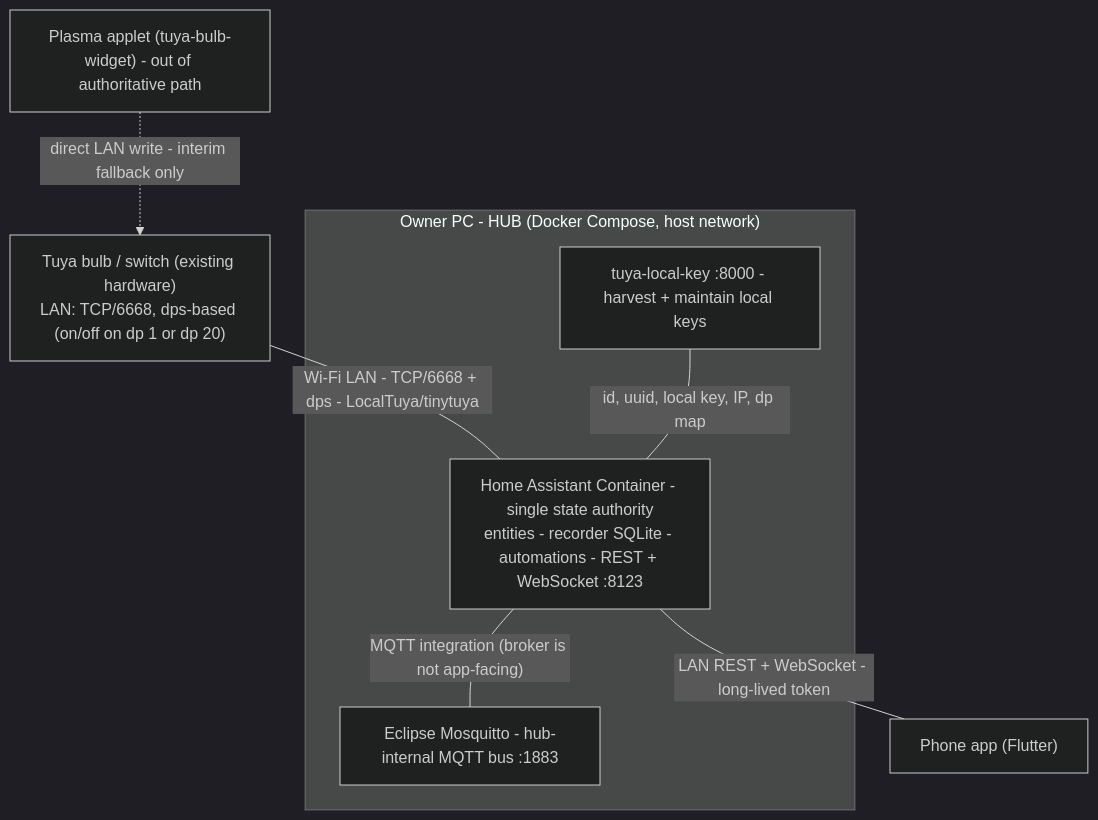
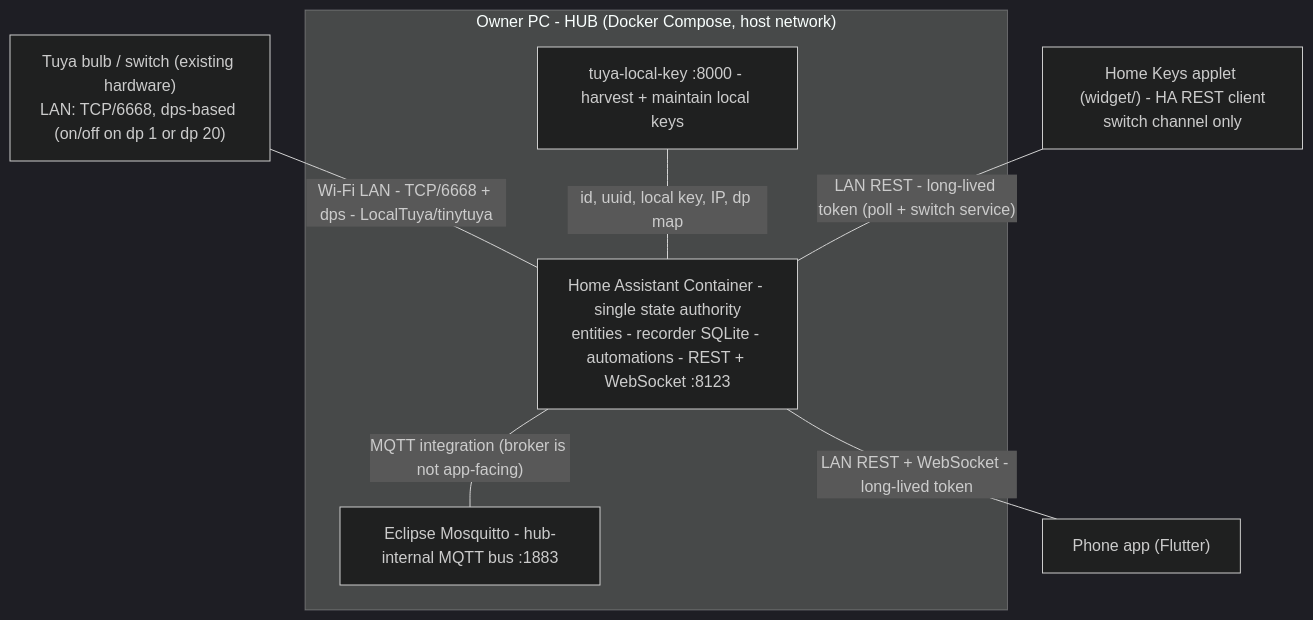
The diagram in docs/context/hosting-architecture.md (DaveR-ui/daver-home-system), drawn with Mermaid (dark theme) before and after one commit. The commit also changed other lines of this file and 40 other files, not shown here.

````diff
--- a/docs/context/hosting-architecture.md
+++ b/docs/context/hosting-architecture.md
@@ -28,16 +28,16 @@
 ```mermaid
 flowchart TB
   DEV["Tuya bulb / switch (existing hardware)<br/>LAN: TCP/6668, dps-based (on/off on dp 1 or dp 20)"]
   subgraph PC["Owner PC - HUB (Docker Compose, host network)"]
     HA["Home Assistant Container - single state authority<br/>entities - recorder SQLite - automations - REST + WebSocket :8123"]
     MQ["Eclipse Mosquitto - hub-internal MQTT bus :1883"]
     TK["tuya-local-key :8000 - harvest + maintain local keys"]
   end
   APP["Phone app (Flutter)"]
-  KDE["Plasma applet (tuya-bulb-widget) - out of authoritative path"]
+  KDE["Home Keys applet (widget/) - HA REST client<br/>switch channel only"]
   DEV ---|"Wi-Fi LAN - TCP/6668 + dps - LocalTuya/tinytuya"| HA
   TK ---|"id, uuid, local key, IP, dp map"| HA
   HA ---|"MQTT integration (broker is not app-facing)"| MQ
   HA ---|"LAN REST + WebSocket - long-lived token"| APP
-  KDE -.->|"direct LAN write - interim fallback only"| DEV
+  KDE ---|"LAN REST - long-lived token (poll + switch service)"| HA
 ```
````
